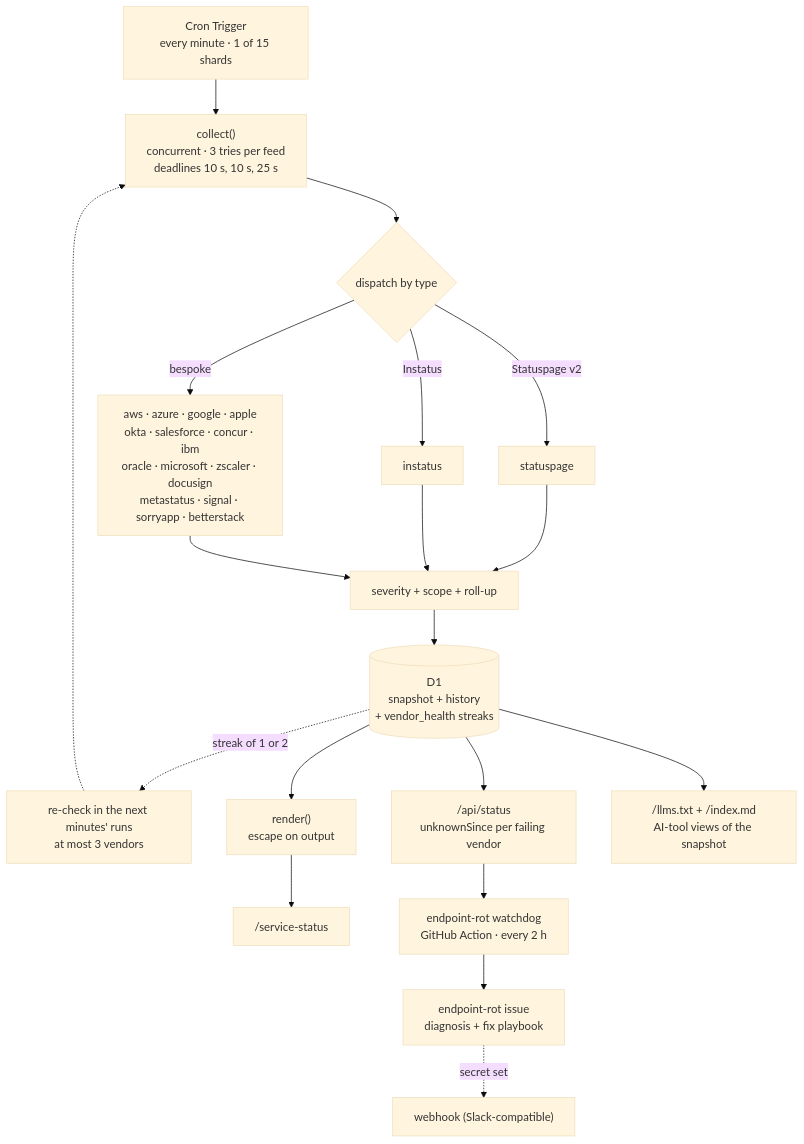
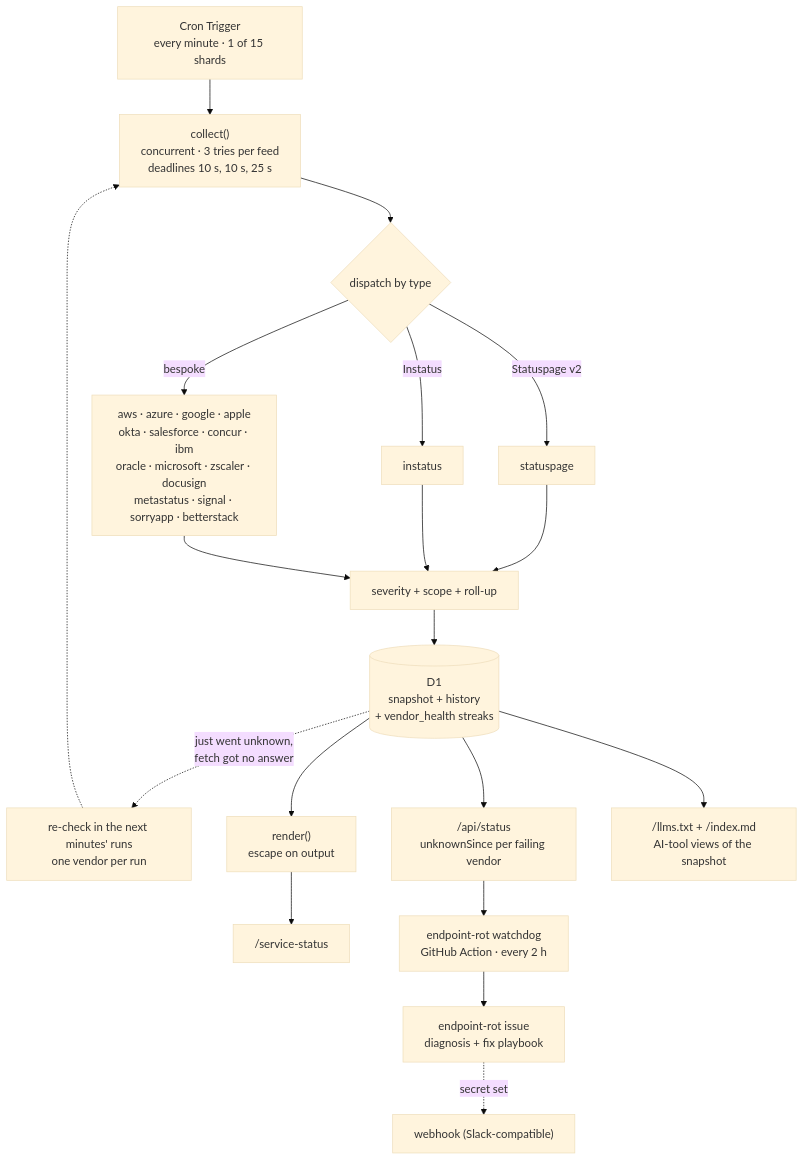
The first of 4 diagrams in README.md (bjgreenberg/vendor-dashboard), drawn with Mermaid (base theme) before and after one commit. The commit also changed other lines of this file and 6 other files, not shown here.

First line of the commit message:
fix(worker): a re-check only improves a row; one vendor per run; shared self-monitoring

````diff
--- a/README.md
+++ b/README.md
@@ -82,21 +82,21 @@
 ```mermaid
 flowchart TB
     cron["Cron Trigger<br/>every minute · 1 of 15 shards"] --> collect["collect()<br/>concurrent · 3 tries per feed<br/>deadlines 10 s, 10 s, 25 s"]
     collect --> adapters{"dispatch by type"}
     adapters -->|"Statuspage v2"| a1["statuspage"]
     adapters -->|"Instatus"| a2["instatus"]
     adapters -->|"bespoke"| a3["aws · azure · google · apple<br/>okta · salesforce · concur · ibm<br/>oracle · microsoft · zscaler · docusign<br/>metastatus · signal · sorryapp · betterstack"]
     a1 --> norm["severity + scope + roll-up"]
     a2 --> norm
     a3 --> norm
     norm --> d1[("D1<br/>snapshot + history<br/>+ vendor_health streaks")]
-    d1 -.->|"streak of 1 or 2"| again["re-check in the next minutes' runs<br/>at most 3 vendors"]
+    d1 -.->|"just went unknown,<br/>fetch got no answer"| again["re-check in the next minutes' runs<br/>one vendor per run"]
     again -.-> collect
     d1 --> render["render()<br/>escape on output"]
     render --> page["/service-status"]
     d1 --> api["/api/status<br/>unknownSince per failing vendor"]
     d1 --> ai["/llms.txt + /index.md<br/>AI-tool views of the snapshot"]
     api --> wd["endpoint-rot watchdog<br/>GitHub Action · every 2 h"]
     wd --> issue["endpoint-rot issue<br/>diagnosis + fix playbook"]
     issue -.->|"secret set"| slack["webhook (Slack-compatible)"]
 ```
````
